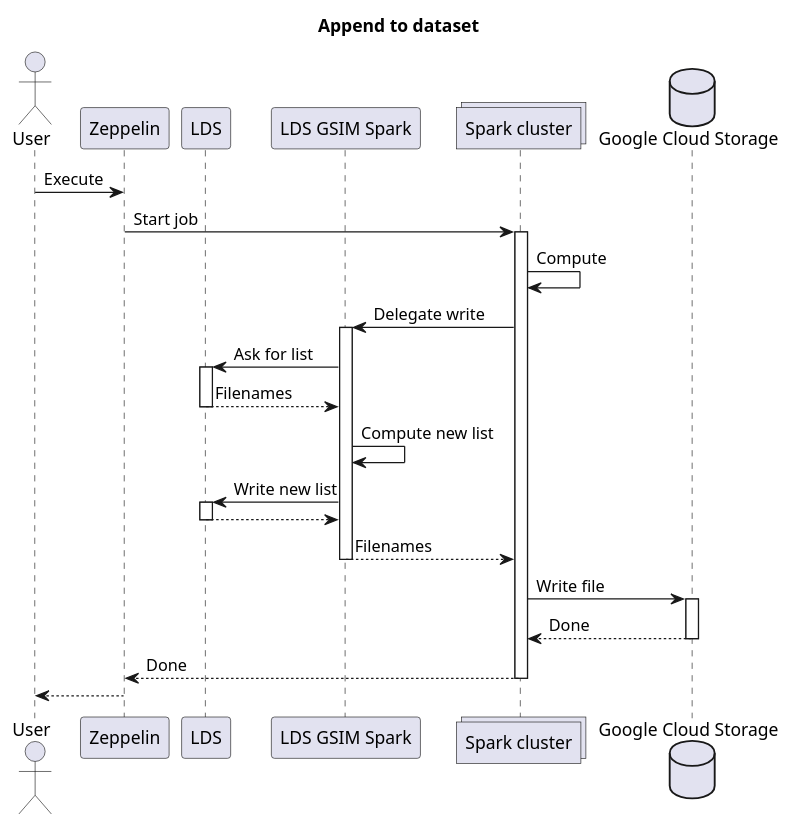
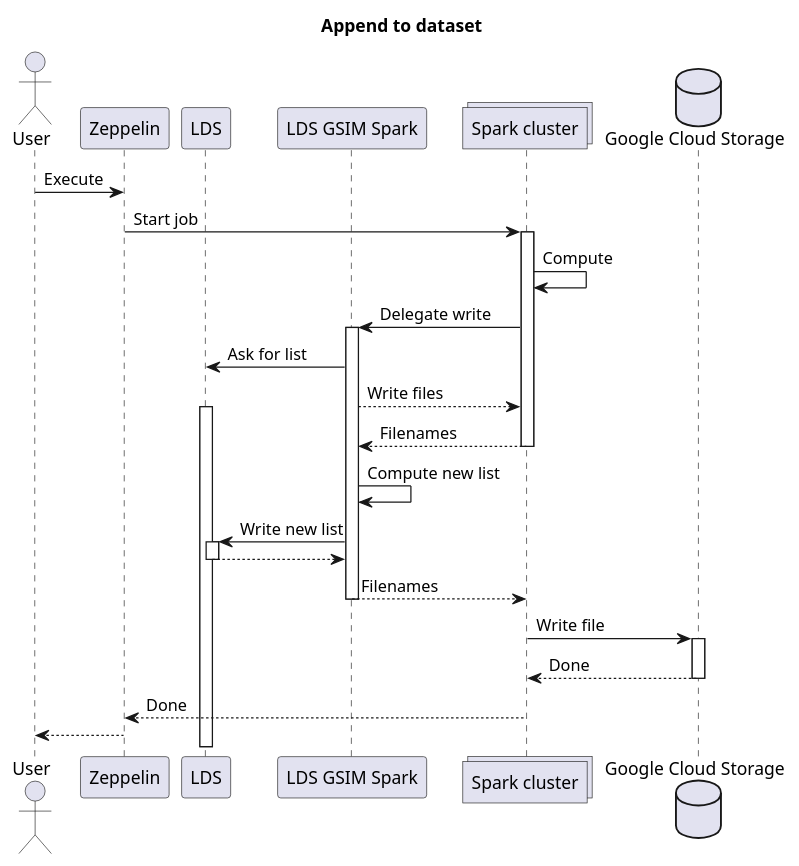
Before and after one commit to statisticsnorway/dapla-spark-plugin: the diagram in write.puml, drawn with PlantUML. The commit also changed 2 other files, not shown here.

```diff
--- a/write.puml
+++ b/write.puml
@@ -1,32 +1,33 @@
 @startuml
 
 title Append to dataset
 
 actor User
 participant "Zeppelin"
 participant "LDS"
 participant "LDS GSIM Spark"
 collections "Spark cluster"
 database "Google Cloud Storage"
 
 User -> Zeppelin : Execute
 Zeppelin -> "Spark cluster" : Start job
 activate "Spark cluster"
 "Spark cluster" -> "Spark cluster" : Compute
 "Spark cluster" -> "LDS GSIM Spark" : Delegate write
 activate "LDS GSIM Spark"
 "LDS GSIM Spark" -> LDS : Ask for list
+"LDS GSIM Spark" --> "Spark cluster" : Write files
 activate LDS
 return Filenames
 "LDS GSIM Spark" -> "LDS GSIM Spark" : Compute new list
 "LDS GSIM Spark" -> LDS : Write new list
 activate LDS
 return
 return Filenames
 
 "Spark cluster" -> "Google Cloud Storage" : Write file
 activate "Google Cloud Storage"
 return Done
 return Done
 Zeppelin --> User
 @enduml
```
